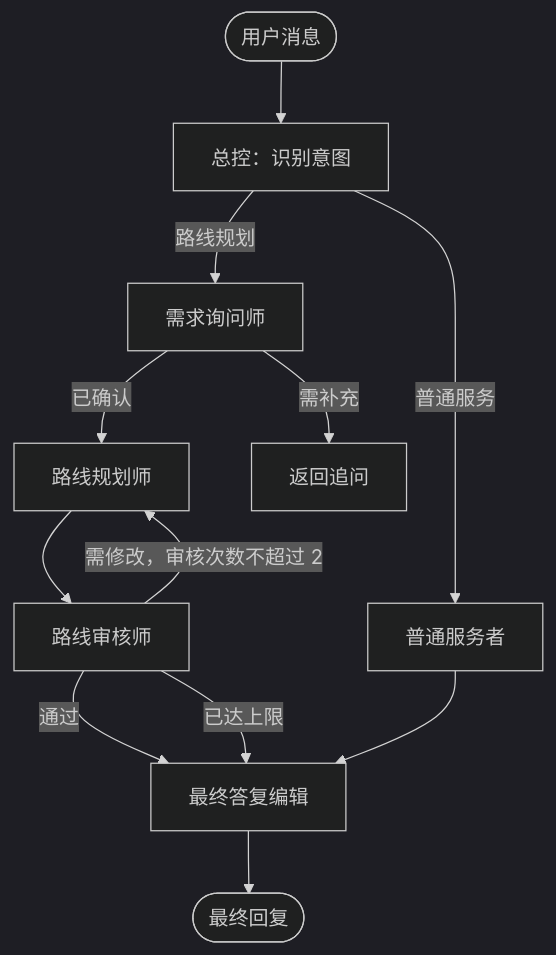
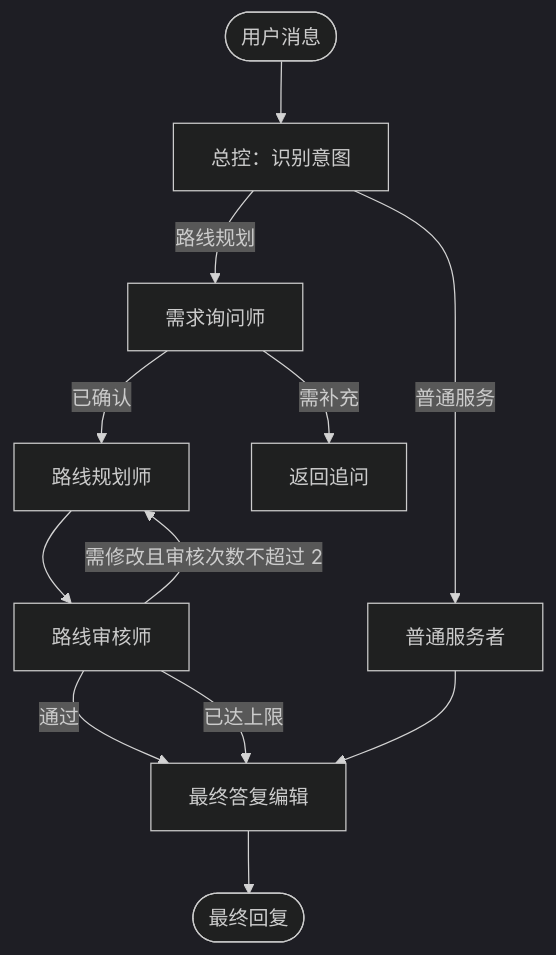
One commit to NDAKJin/travel-agent changed the second of 2 diagrams in README.md. Above: the diagram before and after it, drawn with Mermaid (dark theme). The commit also changed other lines of this file, not shown here.

````diff
--- a/README.md
+++ b/README.md
@@ -103,14 +78,24 @@
 ```mermaid
 flowchart TD
-    Start([用户消息]) --> Supervisor[总控：识别意图]
-    Supervisor -->|路线规划| Requirements[需求询问师]
-    Supervisor -->|普通服务| Normal[普通服务者]
-    Requirements -->|已确认| Planner[路线规划师]
-    Requirements -->|需补充| Reply[返回追问]
-    Planner --> Reviewer[路线审核师]
-    Reviewer -->|通过| Finalize[最终答复编辑]
-    Reviewer -->|需修改，审核次数不超过 2| Planner
-    Reviewer -->|已达上限| Finalize
-    Normal --> Finalize
-    Finalize --> End([最终回复])
+    message(["用户消息"]);
+    control["总控：识别意图"];
+    requirements["需求询问师"];
+    planner["路线规划师"];
+    reviewer["路线审核师"];
+    normal["普通服务者"];
+    finalize["最终答复编辑"];
+    question["返回追问"];
+    response(["最终回复"]);
+
+    message --> control;
+    control -->|路线规划| requirements;
+    control -->|普通服务| normal;
+    requirements -->|已确认| planner;
+    requirements -->|需补充| question;
+    planner --> reviewer;
+    reviewer -->|通过| finalize;
+    reviewer -->|需修改且审核次数不超过 2| planner;
+    reviewer -->|已达上限| finalize;
+    normal --> finalize;
+    finalize --> response;
 ```
````
